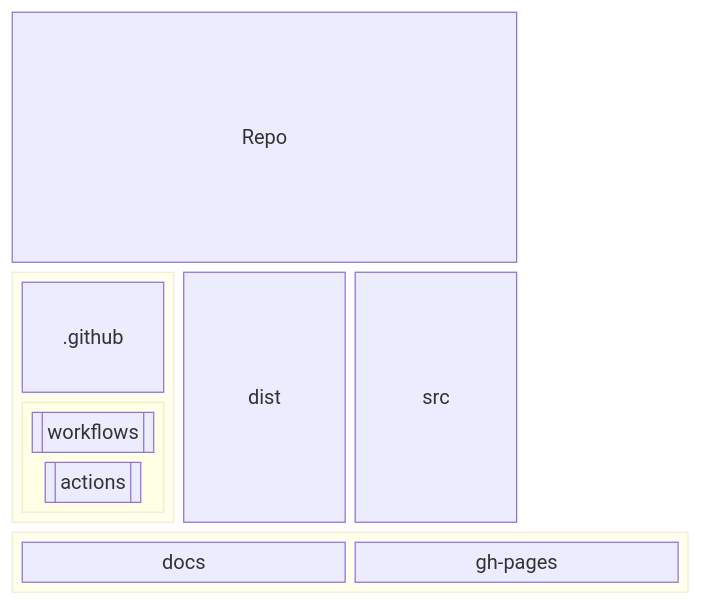
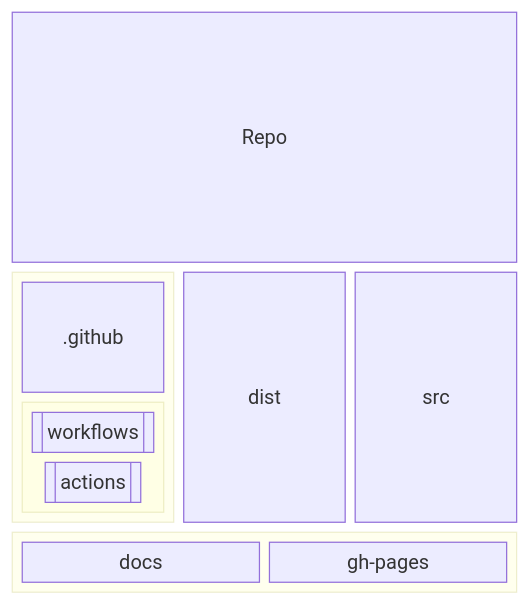
Before and after one commit to Zheng-Bote/qt_files_photo-gallery: the fourth of 7 diagrams in README.md, drawn with Mermaid. The commit also changed other lines of this file, not shown here.

Commit message:
fix: restructure Mermaid

````diff
--- a/README.md
+++ b/README.md
@@ -374,19 +377,19 @@
 ```mermaid
 block-beta
   columns 3
   Repo:3
   block:group1:1
     columns 1
     id0[".github"]
     block:group2:1
       columns 1
       id1[["workflows"]]
       id2[["actions"]]
     end
   end
   dist src
-  block:group3:4
+  block:group3:3
     %% columns auto (default)
     A["docs"] B["gh-pages"]
   end
 ```
````
